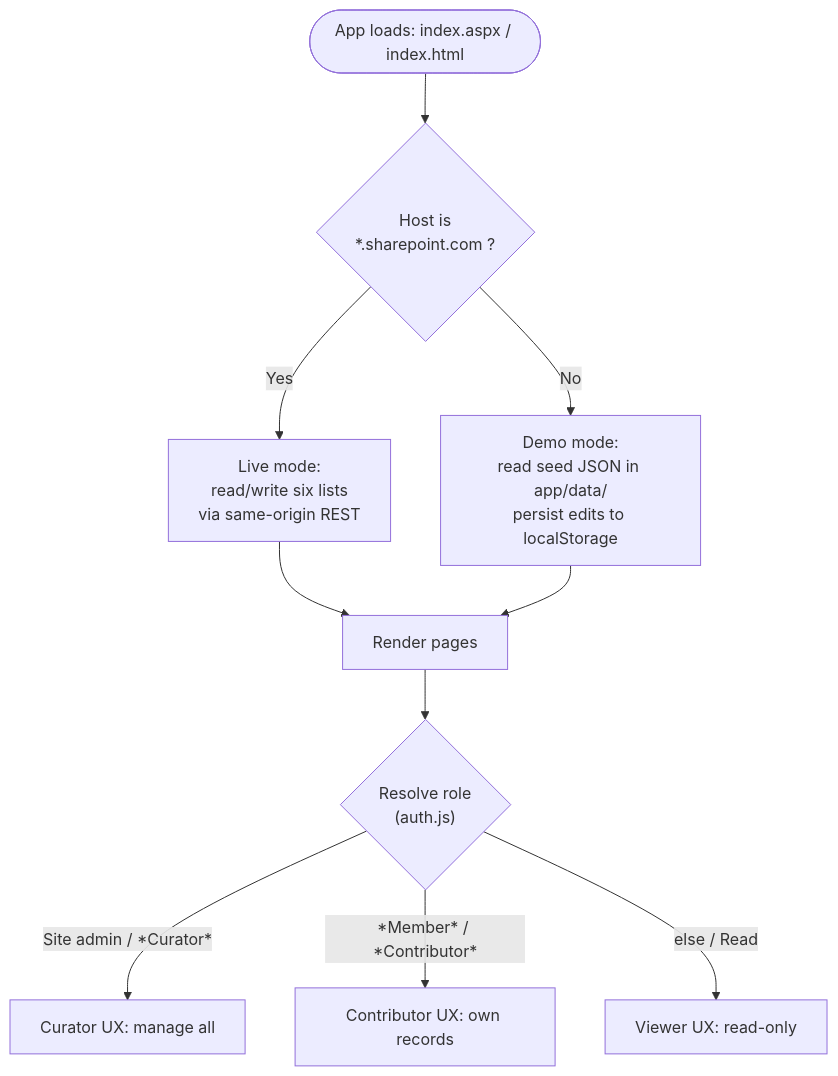
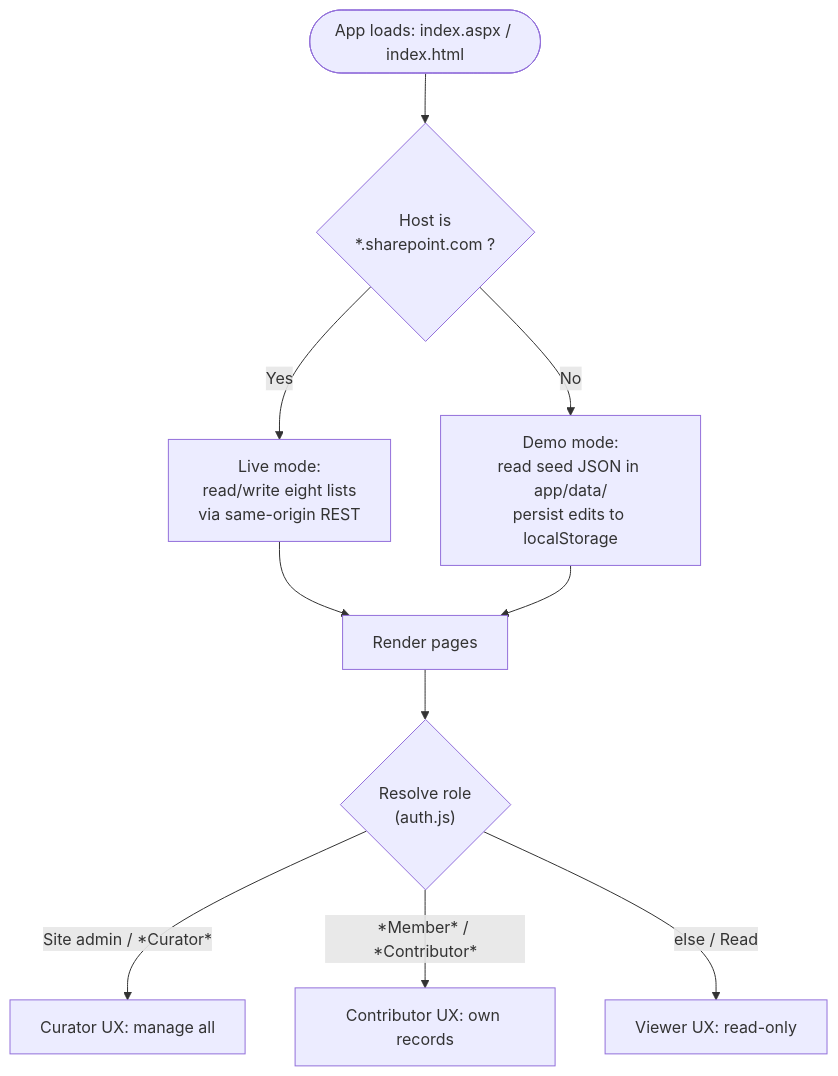
One commit to shaikhanwar/slededge changed the second of 4 diagrams in docs/FLOW-DIAGRAM.md. Above: the diagram before and after it, drawn with Mermaid. The commit also changed other lines of this file and 3 other files, not shown here.

````diff
--- a/docs/FLOW-DIAGRAM.md
+++ b/docs/FLOW-DIAGRAM.md
@@ -55,12 +57,12 @@
 ```mermaid
 flowchart TD
     start([App loads: index.aspx / index.html]) --> detect{"Host is<br/>*.sharepoint.com ?"}
-    detect -->|Yes| live["Live mode:<br/>read/write six lists<br/>via same-origin REST"]
+    detect -->|Yes| live["Live mode:<br/>read/write eight lists<br/>via same-origin REST"]
     detect -->|No| demo["Demo mode:<br/>read seed JSON in app/data/<br/>persist edits to localStorage"]
     live --> render[Render pages]
     demo --> render
     render --> role{"Resolve role<br/>(auth.js)"}
     role -->|Site admin / *Curator*| curator[Curator UX: manage all]
     role -->|*Member* / *Contributor*| contrib[Contributor UX: own records]
     role -->|else / Read| viewer[Viewer UX: read-only]
 ```
````
